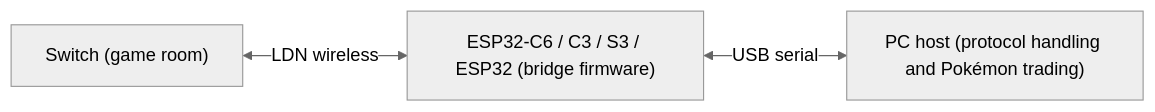
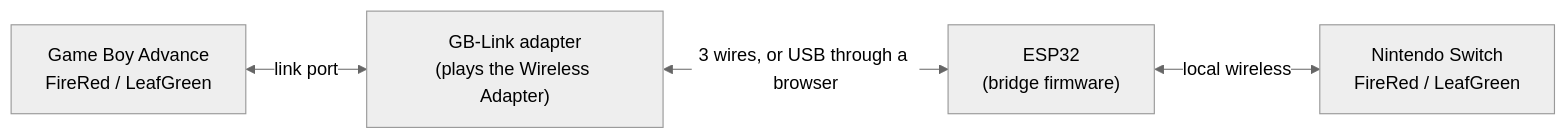
The diagram in README.md (GB-Link/GB-Link-Switch-LDN), drawn with Mermaid (neutral theme) before and after one commit. The commit also changed other lines of this file and 1965 other files, not shown here.

````diff
--- a/README.md
+++ b/README.md
@@ -21,5 +7,6 @@
 ```mermaid
 flowchart LR
-    Switch["Switch (game room)"] <-->|LDN wireless| ESP32["ESP32-C6 / C3 / S3 / ESP32 (bridge firmware)"]
-    ESP32 <-->|USB serial| PC["PC host (protocol handling and Pokémon trading)"]
+    GBA["Game Boy Advance<br>FireRed / LeafGreen"] <-->|link port| Adapter["GB-Link adapter<br>(plays the Wireless Adapter)"]
+    Adapter <-->|3 wires, or USB through a browser| ESP32["ESP32<br>(bridge firmware)"]
+    ESP32 <-->|local wireless| Switch["Nintendo Switch<br>FireRed / LeafGreen"]
 ```
````
